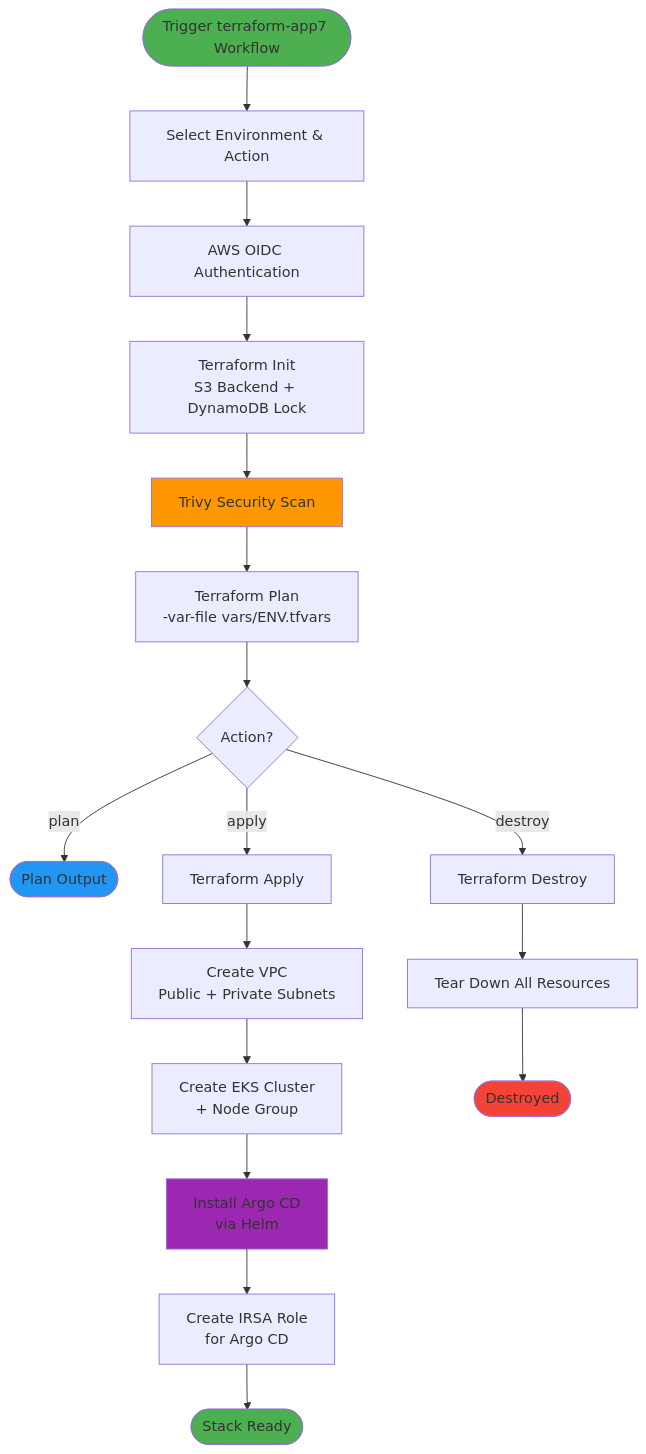
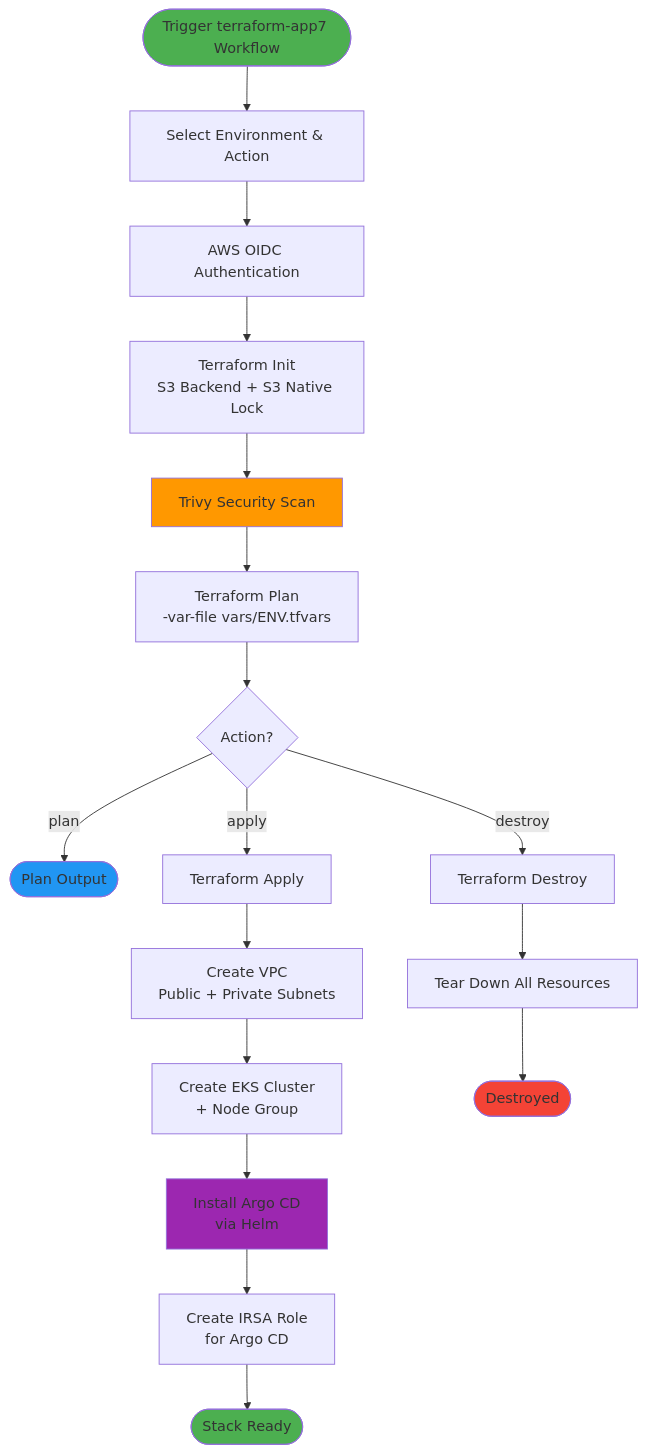
The third of 3 diagrams in terraform/stacks/aws/builds/app7/README.md (vegatros/repo1), drawn with Mermaid before and after one commit. The commit also changed other lines of this file and 40 other files, not shown here.

````diff
--- a/terraform/stacks/aws/builds/app7/README.md
+++ b/terraform/stacks/aws/builds/app7/README.md
@@ -127,29 +127,29 @@
 ```mermaid
 flowchart TD
     Start([Trigger terraform-app7 Workflow]) --> Select[Select Environment & Action]
     Select --> Auth[AWS OIDC Authentication]
-    Auth --> Init[Terraform Init<br/>S3 Backend + DynamoDB Lock]
+    Auth --> Init[Terraform Init<br/>S3 Backend + S3 Native Lock]
     Init --> Scan[Trivy Security Scan]
     Scan --> Plan[Terraform Plan<br/>-var-file vars/ENV.tfvars]
 
     Plan --> Action{Action?}
     Action -->|plan| Done1([Plan Output])
     Action -->|apply| Apply[Terraform Apply]
     Action -->|destroy| Destroy[Terraform Destroy]
 
     Apply --> VPC[Create VPC<br/>Public + Private Subnets]
     VPC --> Cluster[Create EKS Cluster<br/>+ Node Group]
     Cluster --> Argo[Install Argo CD<br/>via Helm]
     Argo --> IRSA[Create IRSA Role<br/>for Argo CD]
     IRSA --> Done2([Stack Ready])
 
     Destroy --> Remove[Tear Down All Resources]
     Remove --> Done3([Destroyed])
 
     style Start fill:#4caf50
     style Done1 fill:#2196f3
     style Done2 fill:#4caf50
     style Done3 fill:#f44336
     style Argo fill:#9c27b0
     style Scan fill:#ff9800
 ```
````
